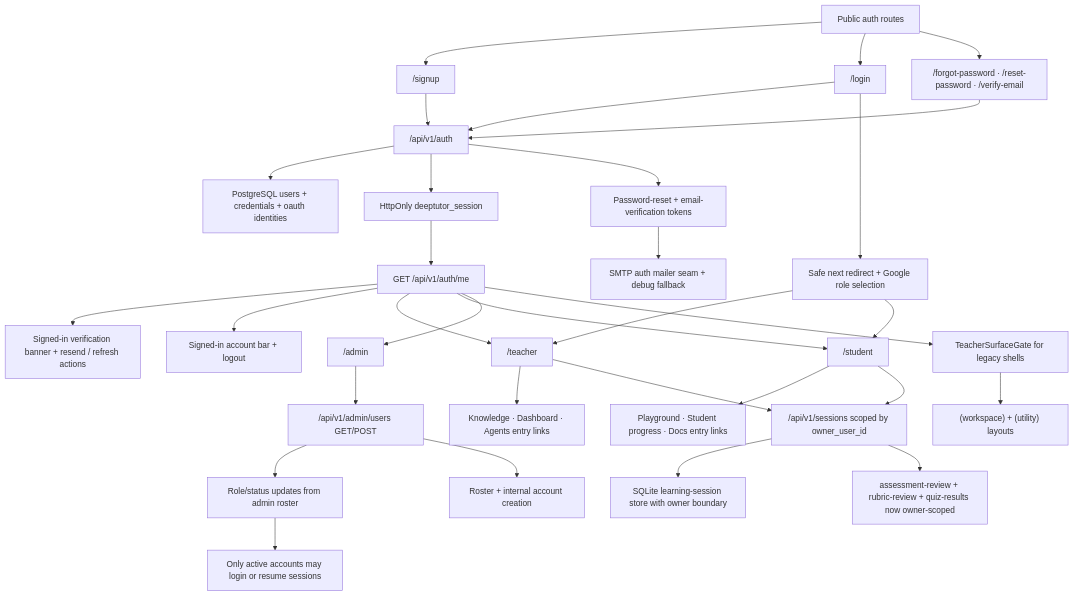
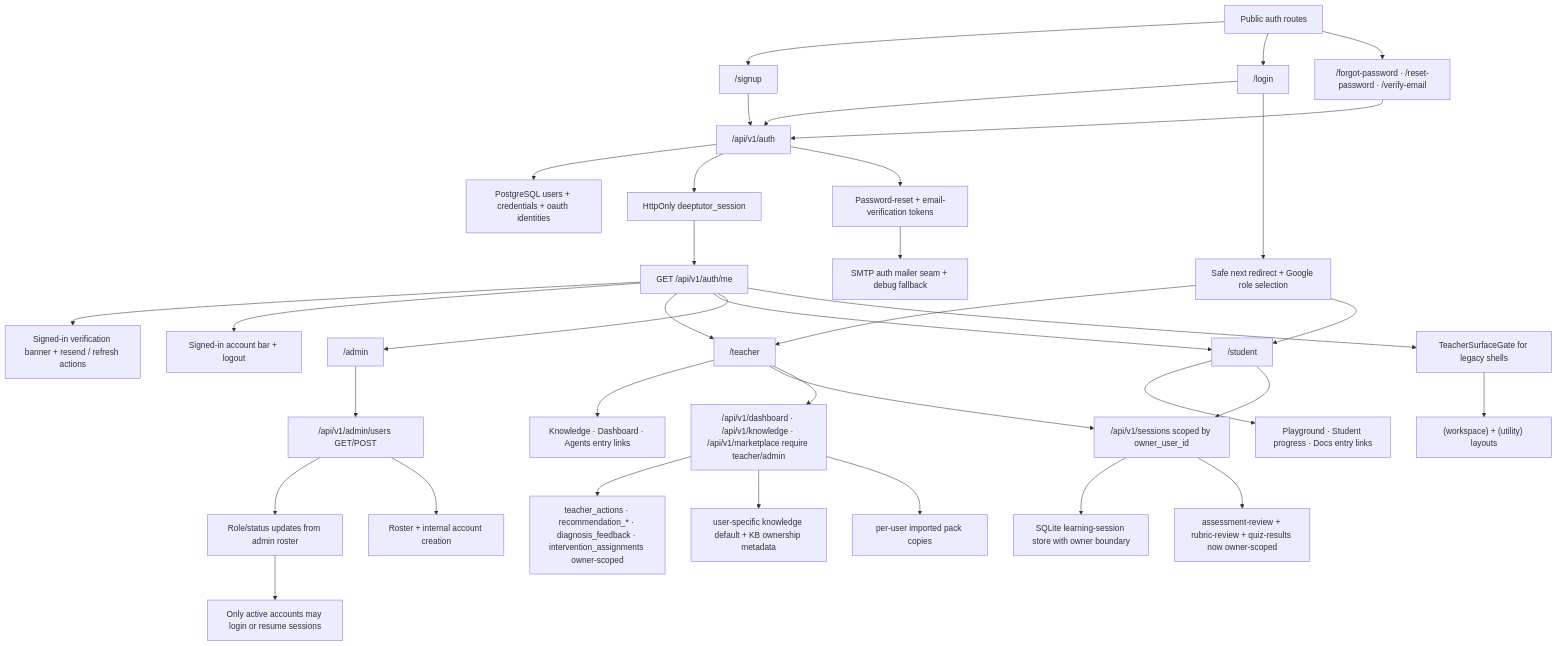
One commit to Creative-Science-Contest-2026/Multiagent-learning-platform changed the diagram in docs/superpowers/pr-notes/2026-05-02-auth-multi-user-foundation.md. Above: the diagram before and after it, drawn with Mermaid. The commit also changed other lines of this file and 17 other files, not shown here.

Commit message:
feat(auth): harden teacher-first backend ownership [AUTH-MULTI-USER]

````diff
--- a/docs/superpowers/pr-notes/2026-05-02-auth-multi-user-foundation.md
+++ b/docs/superpowers/pr-notes/2026-05-02-auth-multi-user-foundation.md
@@ -23,34 +27,38 @@
 ```mermaid
 flowchart TD
   Public["Public auth routes"] --> Signup["/signup"]
   Public --> Login["/login"]
   Public --> Recovery["/forgot-password · /reset-password · /verify-email"]
   Login --> AuthAPI["/api/v1/auth"]
   Signup --> AuthAPI
   Recovery --> AuthAPI
   Login --> NextRedirect["Safe next redirect + Google role selection"]
   Me --> VerificationBanner["Signed-in verification banner + resend / refresh actions"]
   Me --> AccountBar["Signed-in account bar + logout"]
   AdminUsersAPI --> AccountLifecycle["Role/status updates from admin roster"]
   AuthAPI --> Users["PostgreSQL users + credentials + oauth identities"]
   AuthAPI --> Sessions["HttpOnly deeptutor_session"]
   AuthAPI --> OneTimeTokens["Password-reset + email-verification tokens"]
   OneTimeTokens --> AuthMailer["SMTP auth mailer seam + debug fallback"]
   AdminShell --> AdminUsersAPI["/api/v1/admin/users GET/POST"]
   AdminUsersAPI --> AdminPanel["Roster + internal account creation"]
   Sessions --> Me["GET /api/v1/auth/me"]
   Me --> TeacherShell["/teacher"]
   Me --> StudentShell["/student"]
   Me --> AdminShell["/admin"]
   NextRedirect --> TeacherShell
   NextRedirect --> StudentShell
   TeacherShell --> TeacherHub["Knowledge · Dashboard · Agents entry links"]
   StudentShell --> StudentHub["Playground · Student progress · Docs entry links"]
   Me --> TeacherGate["TeacherSurfaceGate for legacy shells"]
   TeacherGate --> LegacyShells["(workspace) + (utility) layouts"]
   TeacherShell --> OwnedSessionAPI["/api/v1/sessions scoped by owner_user_id"]
   StudentShell --> OwnedSessionAPI
   OwnedSessionAPI --> SQLiteStore["SQLite learning-session store with owner boundary"]
   OwnedSessionAPI --> ReviewFlows["assessment-review + rubric-review + quiz-results now owner-scoped"]
+  TeacherShell --> TeacherFirstAPIs["/api/v1/dashboard · /api/v1/knowledge · /api/v1/marketplace require teacher/admin"]
+  TeacherFirstAPIs --> DashboardEvidence["teacher_actions · recommendation_* · diagnosis_feedback · intervention_assignments owner-scoped"]
+  TeacherFirstAPIs --> KnowledgeDefaults["user-specific knowledge default + KB ownership metadata"]
+  TeacherFirstAPIs --> MarketplaceImports["per-user imported pack copies"]
   AccountLifecycle --> ActiveOnlyAuth["Only active accounts may login or resume sessions"]
 ```
````
